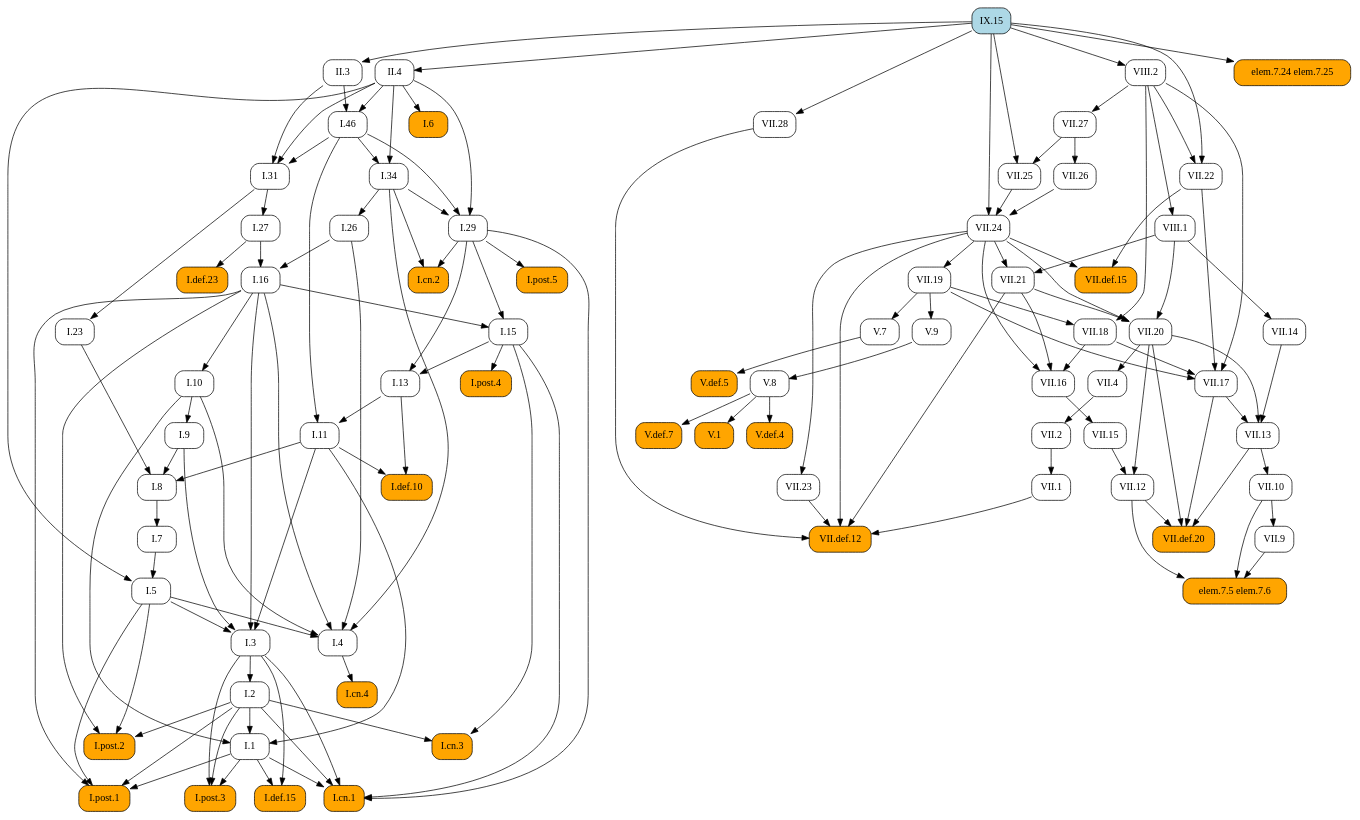
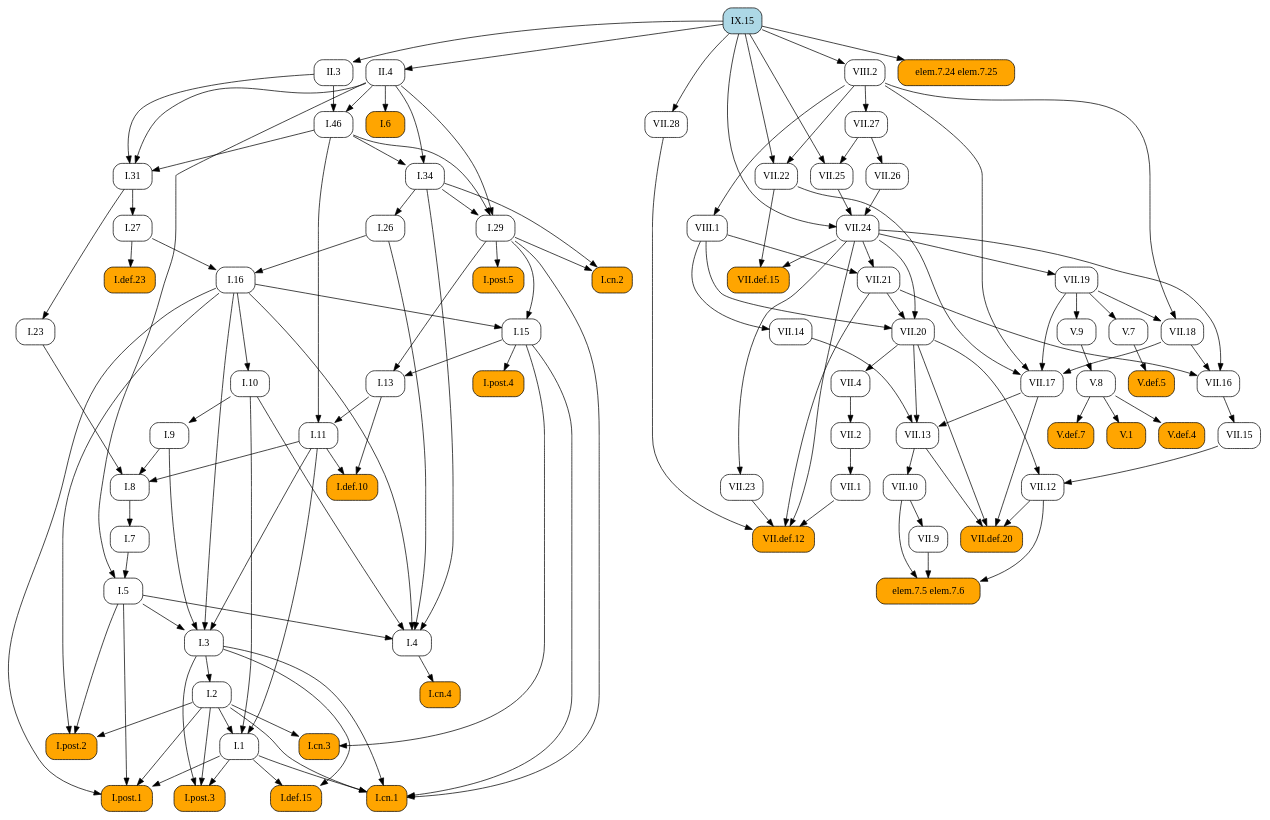
One commit to geometor/elements changed the diagram in docsrc/heath/IX/15/index.rst. Above: the diagram before and after it, drawn with Graphviz. The commit also changed other lines of this file and 484 other files, not shown here.

```diff
--- a/docsrc/heath/IX/15/index.rst
+++ b/docsrc/heath/IX/15/index.rst
@@ -58,210 +58,210 @@
    digraph {
      rankdir="TB";
      node [shape=box, style=rounded];
+     "I.23" [URL="/heath/I/23/", target="_top"];
+     "VII.12" [URL="/heath/VII/12/", target="_top"];
+     "I.9" [URL="/heath/I/9/", target="_top"];
+     "I.def.15" [style="rounded,filled", fillcolor=orange, URL="/heath/I/def.15/", target="_top"];
+     "VIII.2" [URL="/heath/VIII/2/", target="_top"];
+     "VII.16" [URL="/heath/VII/16/", target="_top"];
+     "V.7" [URL="/heath/V/7/", target="_top"];
+     "I.post.1" [style="rounded,filled", fillcolor=orange, URL="/heath/I/post.1/", target="_top"];
+     "VII.26" [URL="/heath/VII/26/", target="_top"];
+     "V.9" [URL="/heath/V/9/", target="_top"];
+     "I.31" [URL="/heath/I/31/", target="_top"];
+     "VII.13" [URL="/heath/VII/13/", target="_top"];
      "I.def.10" [style="rounded,filled", fillcolor=orange, URL="/heath/I/def.10/", target="_top"];
+     "I.34" [URL="/heath/I/34/", target="_top"];
+     "VII.def.20" [style="rounded,filled", fillcolor=orange, URL="/heath/VII/def.20/", target="_top"];
+     "I.3" [URL="/heath/I/3/", target="_top"];
+     "VII.15" [URL="/heath/VII/15/", target="_top"];
+     "V.def.4" [style="rounded,filled", fillcolor=orange, URL="/heath/V/def.4/", target="_top"];
+     "VII.28" [URL="/heath/VII/28/", target="_top"];
+     "V.def.7" [style="rounded,filled", fillcolor=orange, URL="/heath/V/def.7/", target="_top"];
+     "I.2" [URL="/heath/I/2/", target="_top"];
+     "VII.14" [URL="/heath/VII/14/", target="_top"];
+     "I.13" [URL="/heath/I/13/", target="_top"];
+     "I.post.4" [style="rounded,filled", fillcolor=orange, URL="/heath/I/post.4/", target="_top"];
+     "I.4" [URL="/heath/I/4/", target="_top"];
+     "I.1" [URL="/heath/I/1/", target="_top"];
+     "VII.21" [URL="/heath/VII/21/", target="_top"];
+     "I.8" [URL="/heath/I/8/", target="_top"];
+     "I.29" [URL="/heath/I/29/", target="_top"];
+     "VII.22" [URL="/heath/VII/22/", target="_top"];
+     "V.8" [URL="/heath/V/8/", target="_top"];
+     "VII.23" [URL="/heath/VII/23/", target="_top"];
+     "I.15" [URL="/heath/I/15/", target="_top"];
+     "VII.def.12" [style="rounded,filled", fillcolor=orange, URL="/heath/VII/def.12/", target="_top"];
+     "I.10" [URL="/heath/I/10/", target="_top"];
      "I.11" [URL="/heath/I/11/", target="_top"];
-     "I.post.4" [style="rounded,filled", fillcolor=orange, URL="/heath/I/post.4/", target="_top"];
-     "I.1" [URL="/heath/I/1/", target="_top"];
+     "I.def.23" [style="rounded,filled", fillcolor=orange, URL="/heath/I/def.23/", target="_top"];
+     "I.46" [URL="/heath/I/46/", target="_top"];
+     "VII.20" [URL="/heath/VII/20/", target="_top"];
+     "I.26" [URL="/heath/I/26/", target="_top"];
+     "elem.7.5 elem.7.6" [style="rounded,filled", fillcolor=orange];
+     "VII.9" [URL="/heath/VII/9/", target="_top"];
+     "elem.7.24 elem.7.25" [style="rounded,filled", fillcolor=orange];
+     "VII.18" [URL="/heath/VII/18/", target="_top"];
+     "I.post.3" [style="rounded,filled", fillcolor=orange, URL="/heath/I/post.3/", target="_top"];
+     "V.def.5" [style="rounded,filled", fillcolor=orange, URL="/heath/V/def.5/", target="_top"];
+     "VII.10" [URL="/heath/VII/10/", target="_top"];
+     "VII.def.15" [style="rounded,filled", fillcolor=orange, URL="/heath/VII/def.15/", target="_top"];
+     "I.27" [URL="/heath/I/27/", target="_top"];
+     "VII.17" [URL="/heath/VII/17/", target="_top"];
+     "II.4" [URL="/heath/II/4/", target="_top"];
+     "VII.19" [URL="/heath/VII/19/", target="_top"];
+     "VII.2" [URL="/heath/VII/2/", target="_top"];
+     "I.cn.1" [style="rounded,filled", fillcolor=orange, URL="/heath/I/cn.1/", target="_top"];
+     "I.7" [URL="/heath/I/7/", target="_top"];
+     "II.3" [URL="/heath/II/3/", target="_top"];
+     "VII.27" [URL="/heath/VII/27/", target="_top"];
+     "I.5" [URL="/heath/I/5/", target="_top"];
+     "I.cn.3" [style="rounded,filled", fillcolor=orange, URL="/heath/I/cn.3/", target="_top"];
+     "VII.25" [URL="/heath/VII/25/", target="_top"];
+     "VIII.1" [URL="/heath/VIII/1/", target="_top"];
+     "I.16" [URL="/heath/I/16/", target="_top"];
      "VII.1" [URL="/heath/VII/1/", target="_top"];
-     "VII.9" [URL="/heath/VII/9/", target="_top"];
-     "V.def.5" [style="rounded,filled", fillcolor=orange, URL="/heath/V/def.5/", target="_top"];
-     "elem.7.5 elem.7.6" [style="rounded,filled", fillcolor=orange];
-     "I.post.3" [style="rounded,filled", fillcolor=orange, URL="/heath/I/post.3/", target="_top"];
-     "I.cn.3" [style="rounded,filled", fillcolor=orange, URL="/heath/I/cn.3/", target="_top"];
-     "VII.13" [URL="/heath/VII/13/", target="_top"];
-     "VII.2" [URL="/heath/VII/2/", target="_top"];
-     "VIII.1" [URL="/heath/VIII/1/", target="_top"];
-     "VII.12" [URL="/heath/VII/12/", target="_top"];
+     "VII.4" [URL="/heath/VII/4/", target="_top"];
+     "V.1" [style="rounded,filled", fillcolor=orange, URL="/heath/V/1/", target="_top"];
+     "IX.15" [style="rounded,filled", fillcolor=lightblue, URL="/heath/IX/15/", target="_top"];
+     "I.cn.2" [style="rounded,filled", fillcolor=orange, URL="/heath/I/cn.2/", target="_top"];
+     "I.post.5" [style="rounded,filled", fillcolor=orange, URL="/heath/I/post.5/", target="_top"];
      "VII.24" [URL="/heath/VII/24/", target="_top"];
-     "VII.def.12" [style="rounded,filled", fillcolor=orange, URL="/heath/VII/def.12/", target="_top"];
-     "I.27" [URL="/heath/I/27/", target="_top"];
-     "V.8" [URL="/heath/V/8/", target="_top"];
-     "I.34" [URL="/heath/I/34/", target="_top"];
-     "VII.10" [URL="/heath/VII/10/", target="_top"];
-     "I.2" [URL="/heath/I/2/", target="_top"];
-     "I.def.23" [style="rounded,filled", fillcolor=orange, URL="/heath/I/def.23/", target="_top"];
-     "VII.18" [URL="/heath/VII/18/", target="_top"];
-     "VII.26" [URL="/heath/VII/26/", target="_top"];
+     "I.cn.4" [style="rounded,filled", fillcolor=orange, URL="/heath/I/cn.4/", target="_top"];
      "I.post.2" [style="rounded,filled", fillcolor=orange, URL="/heath/I/post.2/", target="_top"];
-     "VII.25" [URL="/heath/VII/25/", target="_top"];
-     "VII.21" [URL="/heath/VII/21/", target="_top"];
-     "VII.20" [URL="/heath/VII/20/", target="_top"];
-     "elem.7.24 elem.7.25" [style="rounded,filled", fillcolor=orange];
-     "I.9" [URL="/heath/I/9/", target="_top"];
-     "IX.15" [style="rounded,filled", fillcolor=lightblue, URL="/heath/IX/15/", target="_top"];
-     "I.cn.4" [style="rounded,filled", fillcolor=orange, URL="/heath/I/cn.4/", target="_top"];
-     "V.def.4" [style="rounded,filled", fillcolor=orange, URL="/heath/V/def.4/", target="_top"];
-     "I.15" [URL="/heath/I/15/", target="_top"];
-     "VII.22" [URL="/heath/VII/22/", target="_top"];
-     "V.def.7" [style="rounded,filled", fillcolor=orange, URL="/heath/V/def.7/", target="_top"];
-     "VII.23" [URL="/heath/VII/23/", target="_top"];
-     "VII.def.20" [style="rounded,filled", fillcolor=orange, URL="/heath/VII/def.20/", target="_top"];
-     "I.5" [URL="/heath/I/5/", target="_top"];
-     "I.26" [URL="/heath/I/26/", target="_top"];
-     "I.29" [URL="/heath/I/29/", target="_top"];
-     "I.cn.2" [style="rounded,filled", fillcolor=orange, URL="/heath/I/cn.2/", target="_top"];
-     "VII.17" [URL="/heath/VII/17/", target="_top"];
-     "I.def.15" [style="rounded,filled", fillcolor=orange, URL="/heath/I/def.15/", target="_top"];
-     "VII.15" [URL="/heath/VII/15/", target="_top"];
-     "I.cn.1" [style="rounded,filled", fillcolor=orange, URL="/heath/I/cn.1/", target="_top"];
-     "V.7" [URL="/heath/V/7/", target="_top"];
-     "V.9" [URL="/heath/V/9/", target="_top"];
-     "VII.28" [URL="/heath/VII/28/", target="_top"];
-     "I.23" [URL="/heath/I/23/", target="_top"];
-     "VIII.2" [URL="/heath/VIII/2/", target="_top"];
-     "I.post.1" [style="rounded,filled", fillcolor=orange, URL="/heath/I/post.1/", target="_top"];
-     "I.46" [URL="/heath/I/46/", target="_top"];
-     "I.7" [URL="/heath/I/7/", target="_top"];
      "I.6" [style="rounded,filled", fillcolor=orange, URL="/heath/I/6/", target="_top"];
-     "I.3" [URL="/heath/I/3/", target="_top"];
-     "II.3" [URL="/heath/II/3/", target="_top"];
-     "VII.def.15" [style="rounded,filled", fillcolor=orange, URL="/heath/VII/def.15/", target="_top"];
-     "I.4" [URL="/heath/I/4/", target="_top"];
-     "VII.19" [URL="/heath/VII/19/", target="_top"];
-     "I.13" [URL="/heath/I/13/", target="_top"];
-     "VII.16" [URL="/heath/VII/16/", target="_top"];
-     "II.4" [URL="/heath/II/4/", target="_top"];
-     "VII.4" [URL="/heath/VII/4/", target="_top"];
-     "I.31" [URL="/heath/I/31/", target="_top"];
-     "V.1" [style="rounded,filled", fillcolor=orange, URL="/heath/V/1/", target="_top"];
-     "I.16" [URL="/heath/I/16/", target="_top"];
-     "VII.14" [URL="/heath/VII/14/", target="_top"];
-     "VII.27" [URL="/heath/VII/27/", target="_top"];
-     "I.8" [URL="/heath/I/8/", target="_top"];
-     "I.post.5" [style="rounded,filled", fillcolor=orange, URL="/heath/I/post.5/", target="_top"];
-     "I.10" [URL="/heath/I/10/", target="_top"];
+     "I.31" -> "I.23";
+     "VII.15" -> "VII.12";
+     "VII.20" -> "VII.12";
+     "I.10" -> "I.9";
+     "I.1" -> "I.def.15";
+     "I.3" -> "I.def.15";
+     "IX.15" -> "VIII.2";
+     "VII.18" -> "VII.16";
+     "VII.21" -> "VII.16";
+     "VII.24" -> "VII.16";
+     "VII.19" -> "V.7";
+     "I.1" -> "I.post.1";
+     "I.2" -> "I.post.1";
+     "I.5" -> "I.post.1";
+     "I.16" -> "I.post.1";
+     "VII.27" -> "VII.26";
+     "VII.19" -> "V.9";
+     "I.46" -> "I.31";
+     "II.3" -> "I.31";
+     "II.4" -> "I.31";
+     "VII.14" -> "VII.13";
+     "VII.17" -> "VII.13";
+     "VII.20" -> "VII.13";
      "I.11" -> "I.def.10";
      "I.13" -> "I.def.10";
-     "I.13" -> "I.11";
-     "I.46" -> "I.11";
+     "I.46" -> "I.34";
+     "II.4" -> "I.34";
+     "VII.12" -> "VII.def.20";
+     "VII.13" -> "VII.def.20";
+     "VII.17" -> "VII.def.20";
+     "VII.20" -> "VII.def.20";
+     "I.5" -> "I.3";
+     "I.9" -> "I.3";
+     "I.11" -> "I.3";
+     "I.16" -> "I.3";
+     "VII.16" -> "VII.15";
+     "V.8" -> "V.def.4";
+     "IX.15" -> "VII.28";
+     "V.8" -> "V.def.7";
+     "I.3" -> "I.2";
+     "VIII.1" -> "VII.14";
+     "I.15" -> "I.13";
+     "I.29" -> "I.13";
      "I.15" -> "I.post.4";
+     "I.5" -> "I.4";
+     "I.10" -> "I.4";
+     "I.16" -> "I.4";
+     "I.26" -> "I.4";
+     "I.34" -> "I.4";
      "I.2" -> "I.1";
      "I.10" -> "I.1";
      "I.11" -> "I.1";
-     "VII.2" -> "VII.1";
-     "VII.10" -> "VII.9";
-     "V.7" -> "V.def.5";
-     "VII.9" -> "elem.7.5 elem.7.6";
-     "VII.10" -> "elem.7.5 elem.7.6";
-     "VII.12" -> "elem.7.5 elem.7.6";
-     "I.1" -> "I.post.3";
-     "I.2" -> "I.post.3";
-     "I.3" -> "I.post.3";
-     "I.2" -> "I.cn.3";
-     "I.15" -> "I.cn.3";
-     "VII.14" -> "VII.13";
-     "VII.17" -> "VII.13";
-     "VII.20" -> "VII.13";
-     "VII.4" -> "VII.2";
-     "VIII.2" -> "VIII.1";
-     "VII.15" -> "VII.12";
-     "VII.20" -> "VII.12";
-     "VII.25" -> "VII.24";
-     "VII.26" -> "VII.24";
-     "IX.15" -> "VII.24";
+     "VII.24" -> "VII.21";
+     "VIII.1" -> "VII.21";
+     "I.9" -> "I.8";
+     "I.11" -> "I.8";
+     "I.23" -> "I.8";
+     "I.34" -> "I.29";
+     "I.46" -> "I.29";
+     "II.4" -> "I.29";
+     "VIII.2" -> "VII.22";
+     "IX.15" -> "VII.22";
+     "V.9" -> "V.8";
+     "VII.24" -> "VII.23";
+     "I.16" -> "I.15";
+     "I.29" -> "I.15";
      "VII.1" -> "VII.def.12";
      "VII.21" -> "VII.def.12";
      "VII.23" -> "VII.def.12";
      "VII.24" -> "VII.def.12";
      "VII.28" -> "VII.def.12";
-     "I.31" -> "I.27";
-     "V.9" -> "V.8";
-     "I.46" -> "I.34";
-     "II.4" -> "I.34";
-     "VII.13" -> "VII.10";
-     "I.3" -> "I.2";
+     "I.16" -> "I.10";
+     "I.13" -> "I.11";
+     "I.46" -> "I.11";
      "I.27" -> "I.def.23";
-     "VII.19" -> "VII.18";
-     "VIII.2" -> "VII.18";
-     "VII.27" -> "VII.26";
-     "I.2" -> "I.post.2";
-     "I.5" -> "I.post.2";
-     "I.16" -> "I.post.2";
-     "VII.27" -> "VII.25";
-     "IX.15" -> "VII.25";
-     "VII.24" -> "VII.21";
-     "VIII.1" -> "VII.21";
+     "II.3" -> "I.46";
+     "II.4" -> "I.46";
      "VII.21" -> "VII.20";
      "VII.24" -> "VII.20";
      "VIII.1" -> "VII.20";
+     "I.34" -> "I.26";
+     "VII.9" -> "elem.7.5 elem.7.6";
+     "VII.10" -> "elem.7.5 elem.7.6";
+     "VII.12" -> "elem.7.5 elem.7.6";
+     "VII.10" -> "VII.9";
      "IX.15" -> "elem.7.24 elem.7.25";
-     "I.10" -> "I.9";
-     "I.4" -> "I.cn.4";
-     "V.8" -> "V.def.4";
-     "I.16" -> "I.15";
-     "I.29" -> "I.15";
-     "VIII.2" -> "VII.22";
-     "IX.15" -> "VII.22";
-     "V.8" -> "V.def.7";
-     "VII.24" -> "VII.23";
-     "VII.12" -> "VII.def.20";
-     "VII.13" -> "VII.def.20";
-     "VII.17" -> "VII.def.20";
-     "VII.20" -> "VII.def.20";
-     "I.7" -> "I.5";
-     "II.4" -> "I.5";
-     "I.34" -> "I.26";
-     "I.34" -> "I.29";
-     "I.46" -> "I.29";
-     "II.4" -> "I.29";
-     "I.29" -> "I.cn.2";
-     "I.34" -> "I.cn.2";
+     "VII.19" -> "VII.18";
+     "VIII.2" -> "VII.18";
+     "I.1" -> "I.post.3";
+     "I.2" -> "I.post.3";
+     "I.3" -> "I.post.3";
+     "V.7" -> "V.def.5";
+     "VII.13" -> "VII.10";
+     "VII.22" -> "VII.def.15";
+     "VII.24" -> "VII.def.15";
+     "I.31" -> "I.27";
      "VII.18" -> "VII.17";
      "VII.19" -> "VII.17";
      "VII.22" -> "VII.17";
      "VIII.2" -> "VII.17";
-     "I.1" -> "I.def.15";
-     "I.3" -> "I.def.15";
-     "VII.16" -> "VII.15";
+     "IX.15" -> "II.4";
+     "VII.24" -> "VII.19";
+     "VII.4" -> "VII.2";
      "I.1" -> "I.cn.1";
      "I.2" -> "I.cn.1";
      "I.3" -> "I.cn.1";
      "I.15" -> "I.cn.1";
      "I.29" -> "I.cn.1";
-     "VII.19" -> "V.7";
-     "VII.19" -> "V.9";
-     "IX.15" -> "VII.28";
-     "I.31" -> "I.23";
-     "IX.15" -> "VIII.2";
-     "I.1" -> "I.post.1";
-     "I.2" -> "I.post.1";
-     "I.5" -> "I.post.1";
-     "I.16" -> "I.post.1";
-     "II.3" -> "I.46";
-     "II.4" -> "I.46";
      "I.8" -> "I.7";
-     "II.4" -> "I.6";
-     "I.5" -> "I.3";
-     "I.9" -> "I.3";
-     "I.11" -> "I.3";
-     "I.16" -> "I.3";
      "IX.15" -> "II.3";
-     "VII.22" -> "VII.def.15";
-     "VII.24" -> "VII.def.15";
-     "I.5" -> "I.4";
-     "I.10" -> "I.4";
-     "I.16" -> "I.4";
-     "I.26" -> "I.4";
-     "I.34" -> "I.4";
-     "VII.24" -> "VII.19";
-     "I.15" -> "I.13";
-     "I.29" -> "I.13";
-     "VII.18" -> "VII.16";
-     "VII.21" -> "VII.16";
-     "VII.24" -> "VII.16";
-     "IX.15" -> "II.4";
-     "VII.20" -> "VII.4";
-     "I.46" -> "I.31";
-     "II.3" -> "I.31";
-     "II.4" -> "I.31";
-     "V.8" -> "V.1";
+     "VIII.2" -> "VII.27";
+     "I.7" -> "I.5";
+     "II.4" -> "I.5";
+     "I.2" -> "I.cn.3";
+     "I.15" -> "I.cn.3";
+     "VII.27" -> "VII.25";
+     "IX.15" -> "VII.25";
+     "VIII.2" -> "VIII.1";
      "I.26" -> "I.16";
      "I.27" -> "I.16";
-     "VIII.1" -> "VII.14";
-     "VIII.2" -> "VII.27";
-     "I.9" -> "I.8";
-     "I.11" -> "I.8";
-     "I.23" -> "I.8";
+     "VII.2" -> "VII.1";
+     "VII.20" -> "VII.4";
+     "V.8" -> "V.1";
+     "I.29" -> "I.cn.2";
+     "I.34" -> "I.cn.2";
      "I.29" -> "I.post.5";
-     "I.16" -> "I.10";
+     "VII.25" -> "VII.24";
+     "VII.26" -> "VII.24";
+     "IX.15" -> "VII.24";
+     "I.4" -> "I.cn.4";
+     "I.2" -> "I.post.2";
+     "I.5" -> "I.post.2";
+     "I.16" -> "I.post.2";
+     "II.4" -> "I.6";
    }
```
